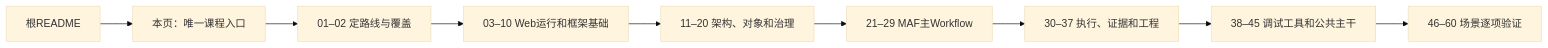
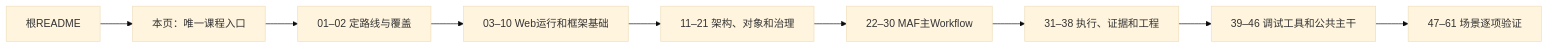
Before and after one commit to later-3/Chat: the diagram in 项目掌握/INDEX.md, drawn with Mermaid (base theme). The commit also changed other lines of this file and 70 other files, not shown here.

````diff
--- a/项目掌握/INDEX.md
+++ b/项目掌握/INDEX.md
@@ -11,11 +11,11 @@
 ```mermaid
 flowchart LR
     R["根README"] --> I["本页：唯一课程入口"]
     I --> P0["01–02 定路线与覆盖"]
     P0 --> P1["03–10 Web运行和框架基础"]
-    P1 --> P2["11–20 架构、对象和治理"]
-    P2 --> P3["21–29 MAF主Workflow"]
-    P3 --> P4["30–37 执行、证据和工程"]
-    P4 --> P5["38–45 调试工具和公共主干"]
-    P5 --> P6["46–60 场景逐项验证"]
+    P1 --> P2["11–21 架构、对象和治理"]
+    P2 --> P3["22–30 MAF主Workflow"]
+    P3 --> P4["31–38 执行、证据和工程"]
+    P4 --> P5["39–46 调试工具和公共主干"]
+    P5 --> P6["47–61 场景逐项验证"]
 ```
````
